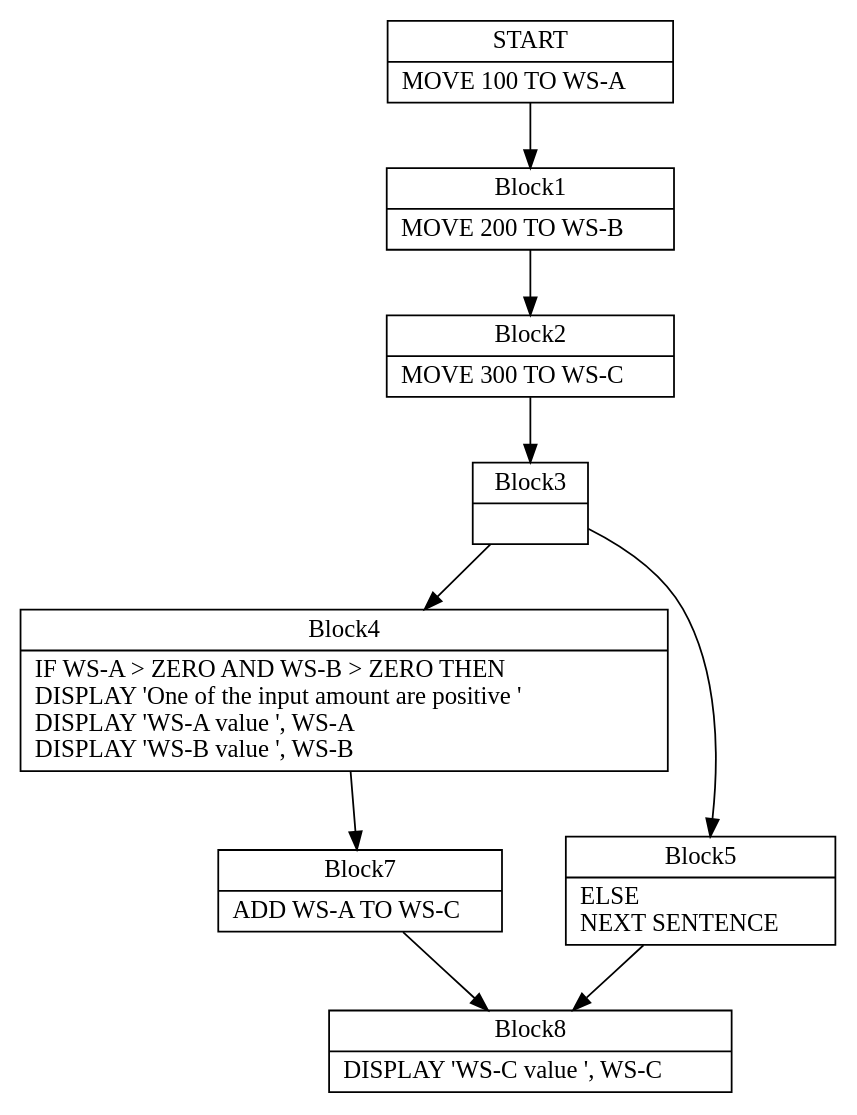
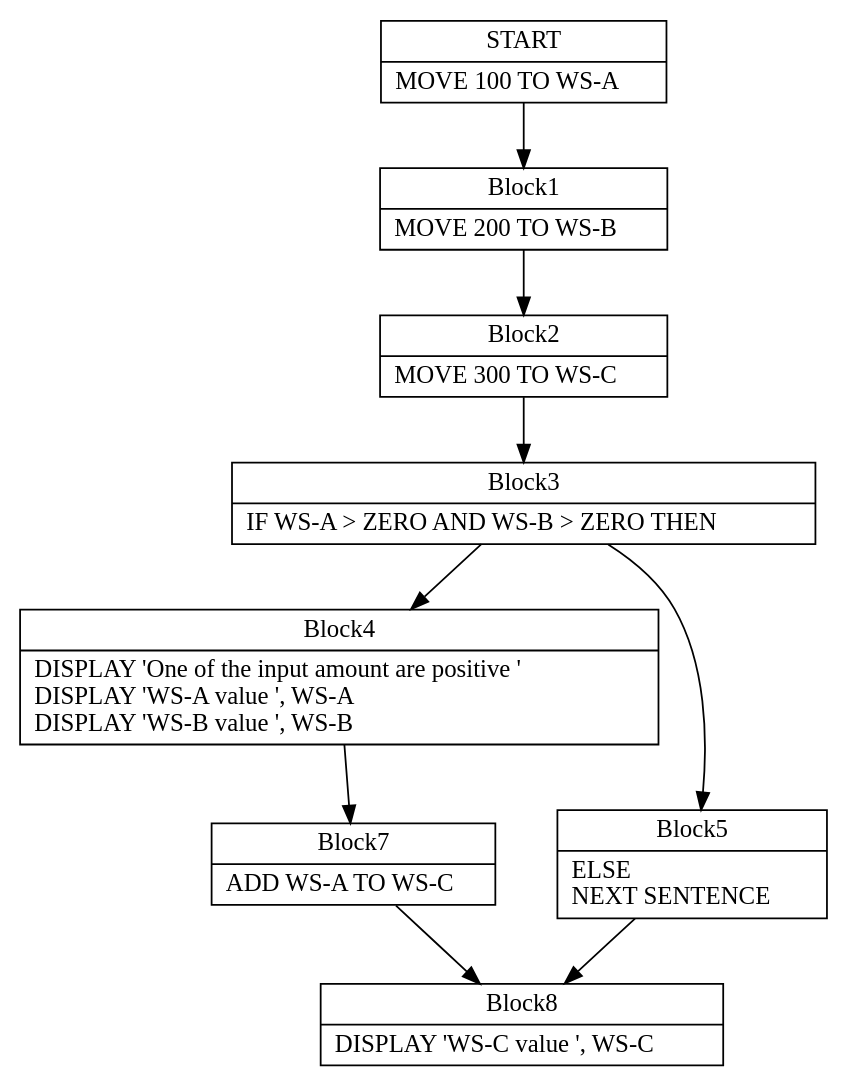
One commit to TypeCobolTeam/TypeCobol changed the diagram in TypeCobol.Analysis.Test/DotOutput/IfThenElseNextSentence1.dot. Above: the diagram before and after it, drawn with Graphviz. The commit also changed 456 other files, not shown here.

Commit message:
WI #1269 Test CFG dot graphs and visualization.

```diff
--- a/TypeCobol.Analysis.Test/DotOutput/IfThenElseNextSentence1.dot
+++ b/TypeCobol.Analysis.Test/DotOutput/IfThenElseNextSentence1.dot
@@ -1,42 +1,42 @@
 digraph Cfg {
 node [
 shape = "record"
 ]
 
 edge [
 arrowtail = "empty"
 ]
 Block0 [
 label = "{START|    MOVE 100 TO WS-A\l}"
 ]
 Block1 [
 label = "{Block1|    MOVE 200 TO WS-B\l}"
 ]
 Block2 [
 label = "{Block2|    MOVE 300 TO WS-C\l}"
 ]
 Block3 [
-label = "{Block3|}"
+label = "{Block3|    IF WS-A \> ZERO AND WS-B \> ZERO THEN\l}"
 ]
 Block4 [
-label = "{Block4|    IF WS-A \> ZERO AND WS-B \> ZERO THEN\l      DISPLAY 'One of the input amount are positive '\l      DISPLAY 'WS-A value ', WS-A\l      DISPLAY 'WS-B value ', WS-B\l}"
+label = "{Block4|      DISPLAY 'One of the input amount are positive '\l      DISPLAY 'WS-A value ', WS-A\l      DISPLAY 'WS-B value ', WS-B\l}"
 ]
 Block7 [
 label = "{Block7|    ADD WS-A TO WS-C\l}"
 ]
 Block8 [
 label = "{Block8|    DISPLAY 'WS-C value ', WS-C\l}"
 ]
 Block5 [
 label = "{Block5|    ELSE\l      NEXT SENTENCE\l}"
 ]
 Block0 -> Block1
 Block1 -> Block2
 Block2 -> Block3
 Block3 -> Block4
 Block3 -> Block5
 Block4 -> Block7
 Block7 -> Block8
 Block5 -> Block8
 
 }
```
